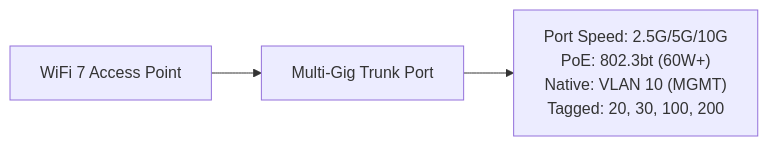
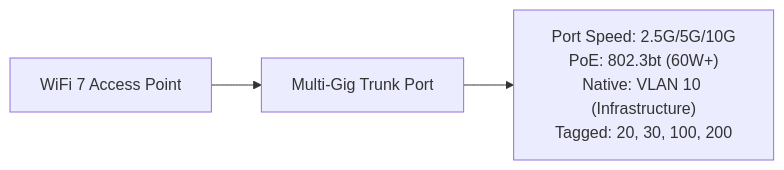
The fourth of 6 diagrams in docs/ethernet/port-configurations.md (NewOrleansITI/networkstandards), drawn with Mermaid before and after one commit. The commit also changed other lines of this file and 4 other files, not shown here.

````diff
--- a/docs/ethernet/port-configurations.md
+++ b/docs/ethernet/port-configurations.md
@@ -233,5 +233,5 @@
 ```mermaid
 flowchart LR
     AP[WiFi 7 Access Point] --> PORT[Multi-Gig Trunk Port]
-    PORT --> CONFIG["Port Speed: 2.5G/5G/10G<br/>PoE: 802.3bt (60W+)<br/>Native: VLAN 10 (MGMT)<br/>Tagged: 20, 30, 100, 200"]
+    PORT --> CONFIG["Port Speed: 2.5G/5G/10G<br/>PoE: 802.3bt (60W+)<br/>Native: VLAN 10 (Infrastructure)<br/>Tagged: 20, 30, 100, 200"]
 ```
````
